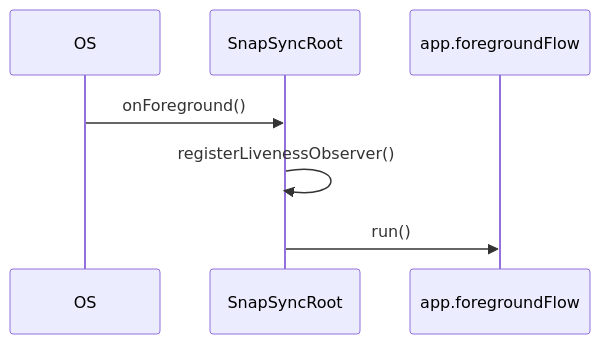
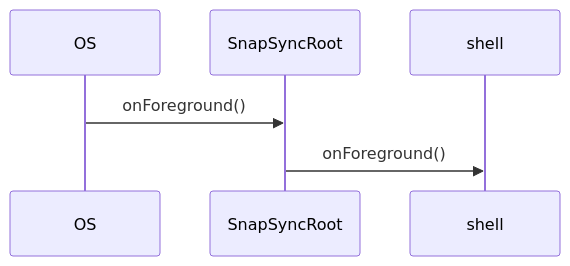
The diagram in architecture/flows/onForeground.md (stefanhoelzl/SnapSync), drawn with Mermaid before and after one commit. The commit also changed other lines of this file and 65 other files, not shown here.

First line of the commit message:
feat(architecture): migration step 8 C3/3 — command bundle · rule sinks · the one-switch shell

````diff
--- a/architecture/flows/onForeground.md
+++ b/architecture/flows/onForeground.md
@@ -12,9 +12,8 @@
 ```mermaid
 sequenceDiagram
   participant OS
   participant SnapSyncRoot
-  participant app_foregroundFlow as app.foregroundFlow
+  participant shell
   OS->>SnapSyncRoot: onForeground()
-  SnapSyncRoot->>SnapSyncRoot: registerLivenessObserver()
-  SnapSyncRoot->>app_foregroundFlow: run()
+  SnapSyncRoot->>shell: onForeground()
 ```
````
